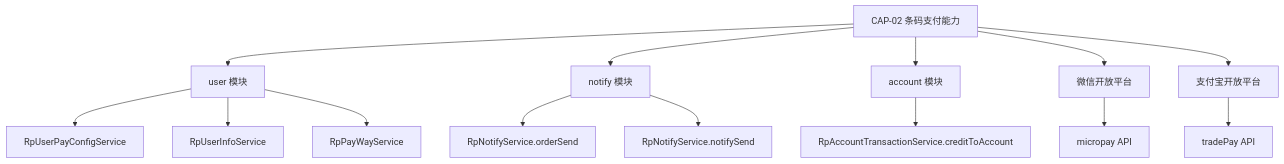
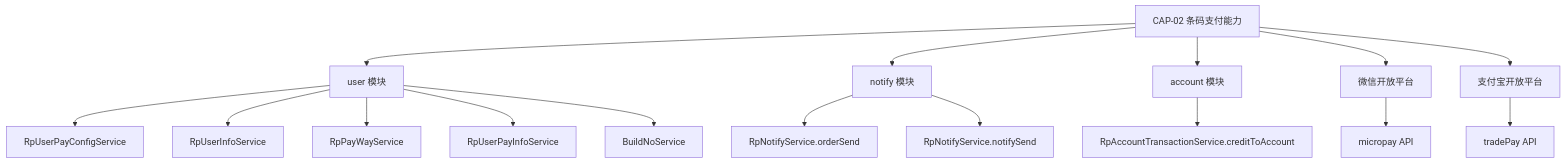
The diagram in docs/docs-design/external-dependencies.md (Godlovexbog/roncoo-pay), drawn with Mermaid before and after one commit. The commit also changed other lines of this file and 8 other files, not shown here.

````diff
--- a/docs/docs-design/external-dependencies.md
+++ b/docs/docs-design/external-dependencies.md
@@ -5,20 +5,22 @@
 ```mermaid
 graph TD
     CAP02["CAP-02 条码支付能力"] --> USER["user 模块"]
     CAP02 --> NOTIFY["notify 模块"]
     CAP02 --> ACCOUNT["account 模块"]
     CAP02 --> WEIXIN["微信开放平台"]
     CAP02 --> ALIPAY["支付宝开放平台"]
 
     USER --> UC1["RpUserPayConfigService"]
     USER --> UC2["RpUserInfoService"]
     USER --> UC3["RpPayWayService"]
+    USER --> UC4["RpUserPayInfoService"]
+    USER --> UC5["BuildNoService"]
 
     NOTIFY --> NC1["RpNotifyService.orderSend"]
     NOTIFY --> NC2["RpNotifyService.notifySend"]
 
     ACCOUNT --> AC1["RpAccountTransactionService.creditToAccount"]
 
     WEIXIN --> WA1["micropay API"]
     ALIPAY --> AA1["tradePay API"]
 ```
````
